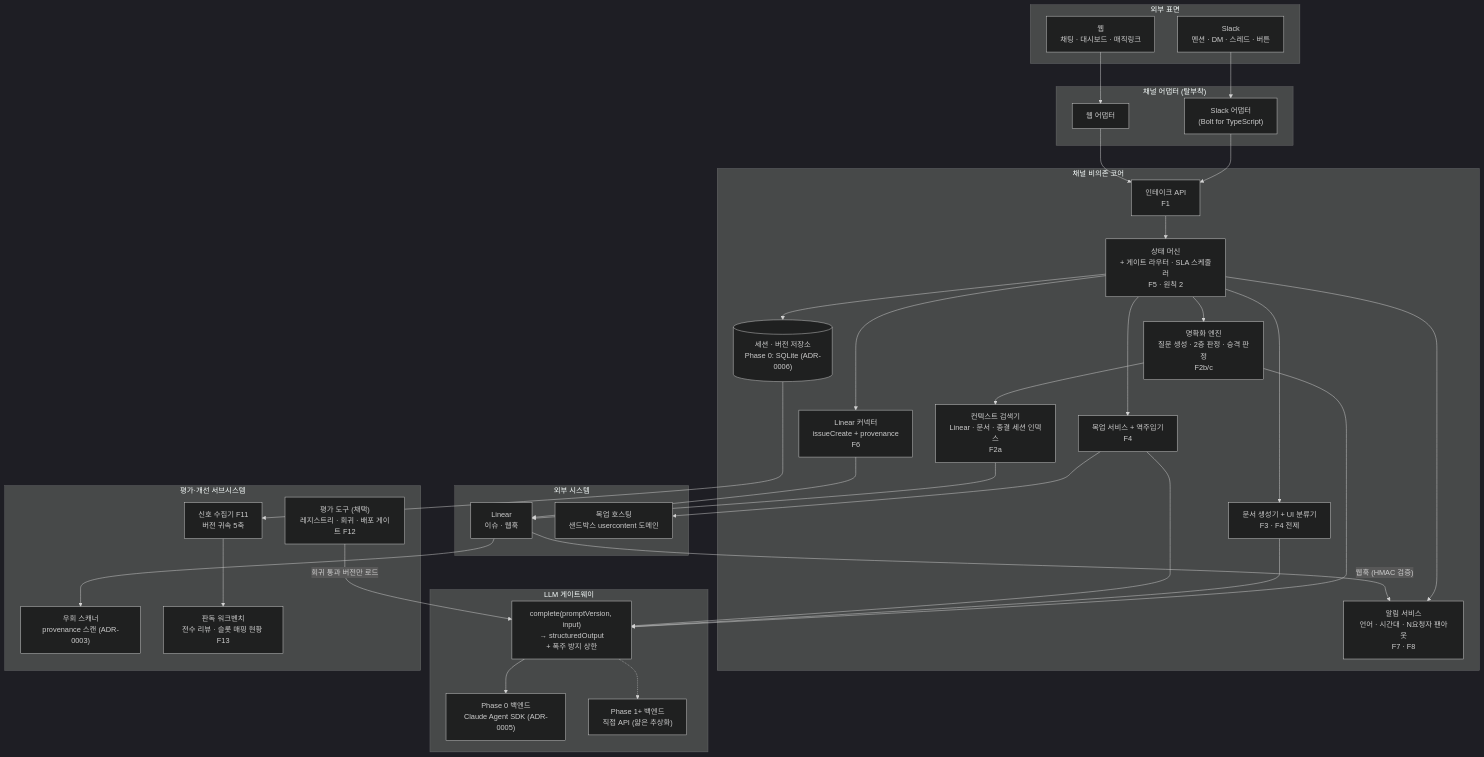
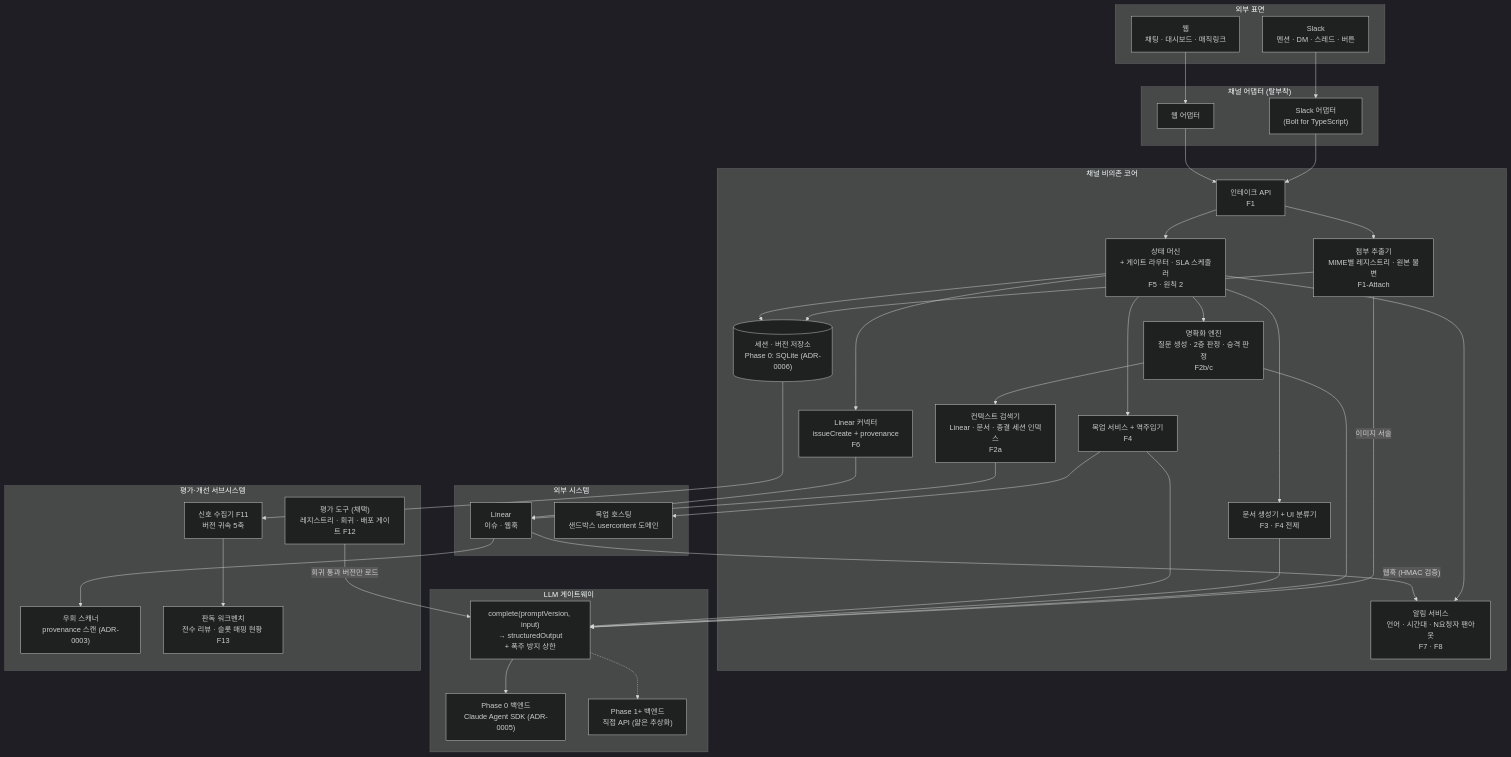
One commit to bahamoth/pm-jude changed the first of 6 diagrams in ARCHITECTURE.md. Above: the diagram before and after it, drawn with Mermaid (dark theme). The commit also changed other lines of this file and 8 other files, not shown here.

````diff
--- a/ARCHITECTURE.md
+++ b/ARCHITECTURE.md
@@ -11,68 +11,72 @@
 ```mermaid
 graph TB
     subgraph EXT_IN["외부 표면"]
         SLACK_S["Slack<br/>멘션 · DM · 스레드 · 버튼"]
         WEB_S["웹<br/>채팅 · 대시보드 · 매직링크"]
     end
 
     subgraph ADAPTERS["채널 어댑터 (탈부착)"]
         SLACK_A["Slack 어댑터<br/>(Bolt for TypeScript)"]
         WEB_A["웹 어댑터"]
     end
 
     subgraph CORE["채널 비의존 코어"]
         INTAKE["인테이크 API<br/>F1"]
+        EXTRACT["첨부 추출기<br/>MIME별 레지스트리 · 원본 불변<br/>F1-Attach"]
         SM["상태 머신<br/>+ 게이트 라우터 · SLA 스케줄러<br/>F5 · 원칙 2"]
         CLARIFY["명확화 엔진<br/>질문 생성 · 2층 판정 · 승격 판정<br/>F2b/c"]
         SEARCH["컨텍스트 검색기<br/>Linear · 문서 · 종결 세션 인덱스<br/>F2a"]
         DOCGEN["문서 생성기 + UI 분류기<br/>F3 · F4 전제"]
         MOCKSVC["목업 서비스 + 역주입기<br/>F4"]
         NOTIFY["알림 서비스<br/>언어 · 시간대 · N요청자 팬아웃<br/>F7 · F8"]
         CONNECTOR["Linear 커넥터<br/>issueCreate + provenance<br/>F6"]
         STORE[("세션 · 버전 저장소<br/>Phase 0: SQLite (ADR-0006)")]
     end
 
     subgraph GW["LLM 게이트웨이"]
         IFACE["complete(promptVersion, input)<br/>→ structuredOutput<br/>+ 폭주 방지 상한"]
         HARNESS["Phase 0 백엔드<br/>Claude Agent SDK (ADR-0005)"]
         DIRECT["Phase 1+ 백엔드<br/>직접 API (얇은 추상화)"]
     end
 
     subgraph EVAL["평가·개선 서브시스템"]
         SIGNALS["신호 수집기 F11<br/>버전 귀속 5축"]
         SCANNER["우회 스캐너<br/>provenance 스캔 (ADR-0003)"]
         EVALTOOL["평가 도구 (채택)<br/>레지스트리 · 회귀 · 배포 게이트 F12"]
         WORKBENCH["판독 워크벤치<br/>전수 리뷰 · 슬롯 매핑 현황 F13"]
     end
 
     subgraph EXT_OUT["외부 시스템"]
         LINEAR["Linear<br/>이슈 · 웹훅"]
         HOSTING["목업 호스팅<br/>샌드박스 usercontent 도메인"]
     end
 
     SLACK_S --> SLACK_A
     WEB_S --> WEB_A
     SLACK_A --> INTAKE
     WEB_A --> INTAKE
+    INTAKE --> EXTRACT
+    EXTRACT -- "이미지 서술" --> IFACE
+    EXTRACT --> STORE
     INTAKE --> SM
     SM --> CLARIFY
     SM --> DOCGEN
     SM --> MOCKSVC
     SM --> NOTIFY
     SM --> CONNECTOR
     CLARIFY --> SEARCH
     CLARIFY --> IFACE
     DOCGEN --> IFACE
     MOCKSVC --> IFACE
     MOCKSVC --> HOSTING
     SEARCH --> LINEAR
     CONNECTOR --> LINEAR
     LINEAR -- "웹훅 (HMAC 검증)" --> NOTIFY
     SM --> STORE
     IFACE --> HARNESS
     IFACE -.-> DIRECT
     STORE --> SIGNALS
     LINEAR --> SCANNER
     SIGNALS --> WORKBENCH
     EVALTOOL -- "회귀 통과 버전만 로드" --> IFACE
 ```
````
